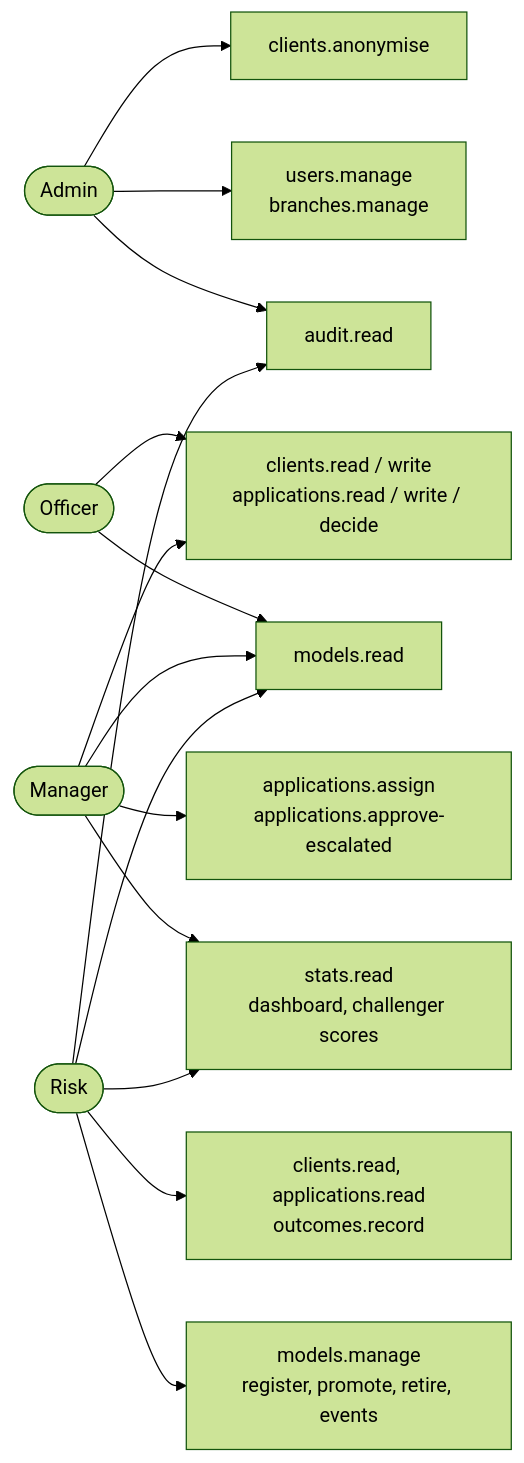
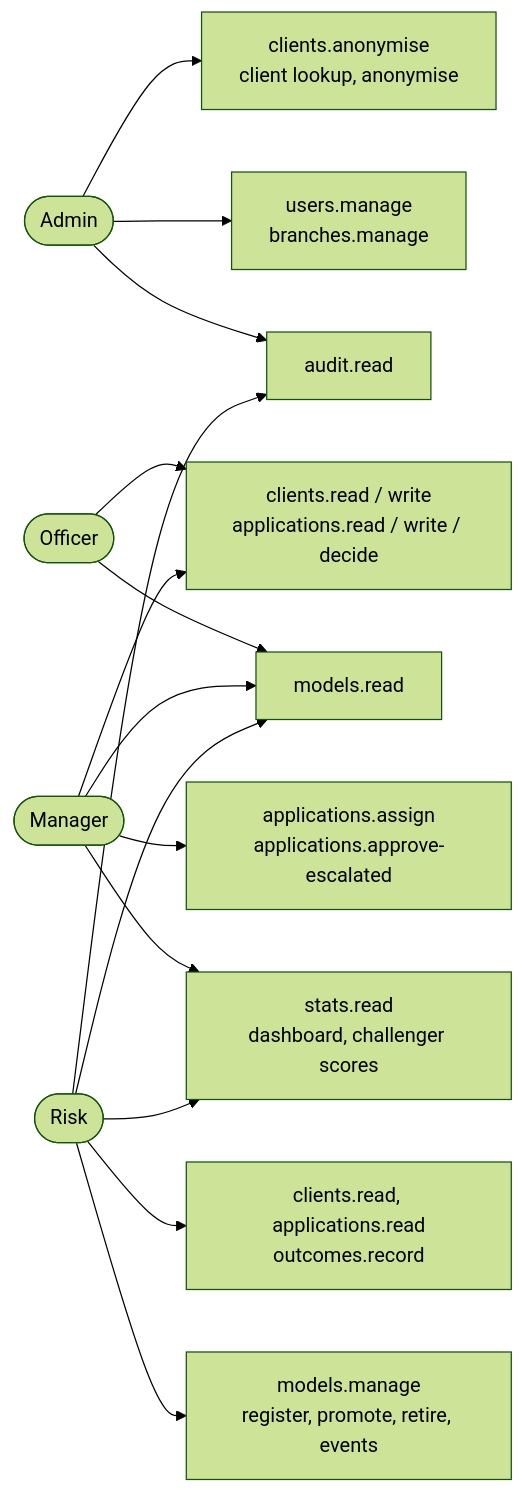
Before and after one commit to dejan3dejan/credit-scoring-dss: the diagram in architecture/11-roles-and-access.md, drawn with Mermaid (forest theme). The commit also changed other lines of this file and 1 other file, not shown here.

Commit message:
Update the flow and access diagrams for the SPA-only app and the client lookup

````diff
--- a/architecture/11-roles-and-access.md
+++ b/architecture/11-roles-and-access.md
@@ -5,32 +5,32 @@
 ```mermaid
 flowchart LR
     admin(["Admin"])
     officer(["Officer"])
     manager(["Manager"])
     risk(["Risk"])
 
     users["users.manage<br/>branches.manage"]
     audit["audit.read"]
     work["clients.read / write<br/>applications.read / write / decide"]
     team["applications.assign<br/>applications.approve-escalated"]
     stats["stats.read<br/>dashboard, challenger scores"]
     models["models.manage<br/>register, promote, retire, events"]
     modelsRead["models.read"]
     risky["clients.read, applications.read<br/>outcomes.record"]
 
-    anon["clients.anonymise"]
+    anon["clients.anonymise<br/>client lookup, anonymise"]
     admin --> anon
     admin --> users
     admin --> audit
     officer --> work
     officer --> modelsRead
     manager --> work
     manager --> team
     manager --> stats
     manager --> modelsRead
     risk --> risky
     risk --> stats
     risk --> models
     risk --> modelsRead
     risk --> audit
 ```
````
